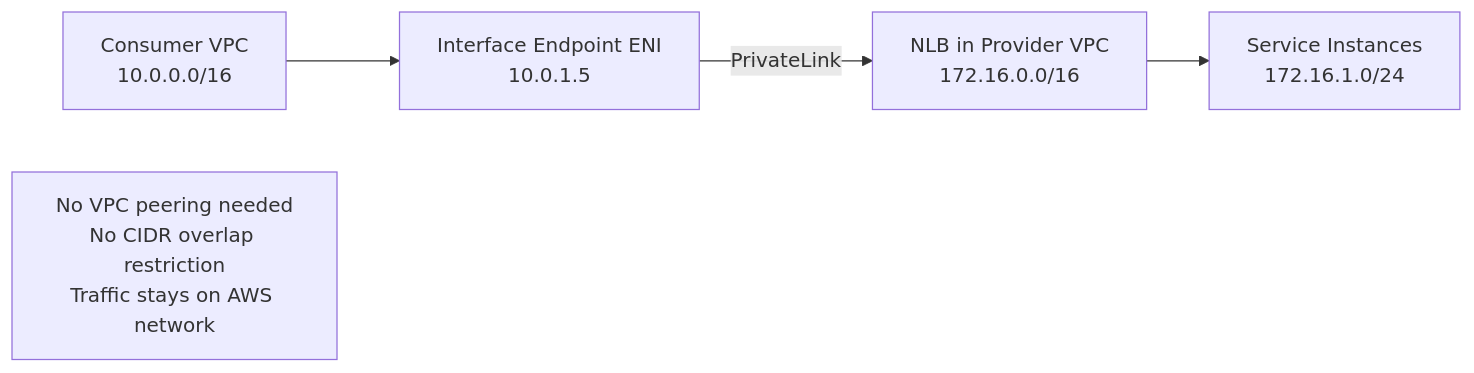
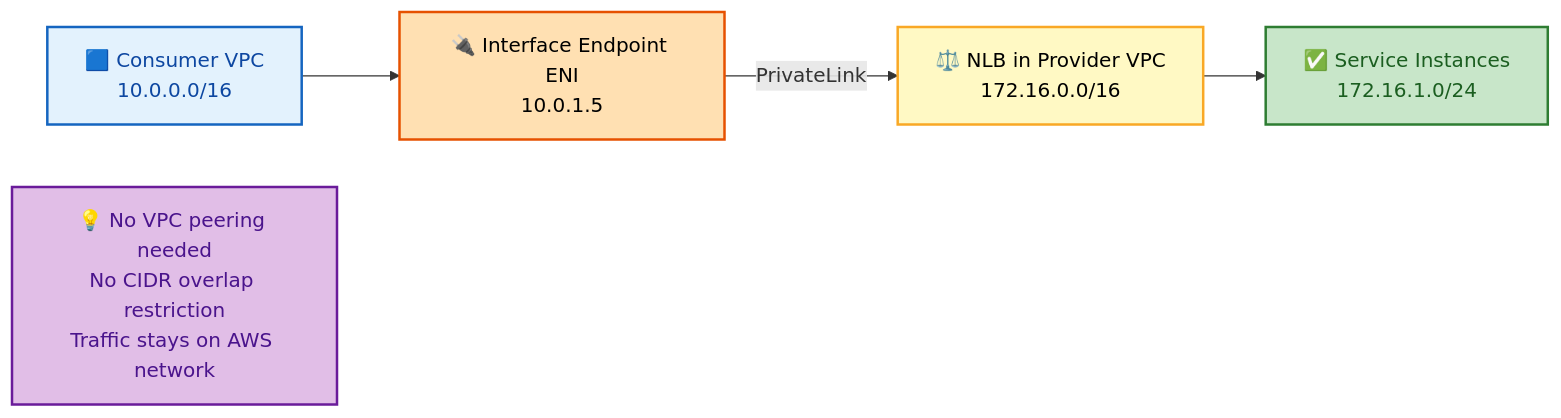
Before and after one commit to rakesh-budde/devops-guide: the eighth of 13 diagrams in aws/03-NETWORKING.md, drawn with Mermaid. The commit also changed other lines of this file and 73 other files, not shown here.

````diff
--- a/aws/03-NETWORKING.md
+++ b/aws/03-NETWORKING.md
@@ -568,8 +737,18 @@
 ```mermaid
 graph LR
-    Consumer[Consumer VPC<br/>10.0.0.0/16] --> ENI[Interface Endpoint ENI<br/>10.0.1.5]
-    ENI -->|PrivateLink| NLB[NLB in Provider VPC<br/>172.16.0.0/16]
-    NLB --> Svc[Service Instances<br/>172.16.1.0/24]
-    
-    Note1["No VPC peering needed<br/>No CIDR overlap restriction<br/>Traffic stays on AWS network"]
+    Consumer["🟦 Consumer VPC<br/>10.0.0.0/16"] --> ENI["🔌 Interface Endpoint ENI<br/>10.0.1.5"]
+    ENI -->|"PrivateLink"| NLB["⚖️ NLB in Provider VPC<br/>172.16.0.0/16"]
+    NLB --> Svc["✅ Service Instances<br/>172.16.1.0/24"]
+    Note1["💡 No VPC peering needed<br/>No CIDR overlap restriction<br/>Traffic stays on AWS network"]
+    class Consumer start
+    class ENI store
+    class NLB proc
+    class Svc good
+    class Note1 ctrl
+    classDef start fill:#e3f2fd,stroke:#1565c0,color:#0d47a1,stroke-width:2px;
+    classDef proc fill:#fff9c4,stroke:#f9a825,color:#000,stroke-width:2px;
+    classDef good fill:#c8e6c9,stroke:#2e7d32,color:#1b5e20,stroke-width:2px;
+    classDef bad fill:#ffcdd2,stroke:#c62828,color:#b71c1c,stroke-width:2px;
+    classDef ctrl fill:#e1bee7,stroke:#6a1b9a,color:#4a148c,stroke-width:2px;
+    classDef store fill:#ffe0b2,stroke:#e65100,color:#000,stroke-width:2px;
 ```
````
